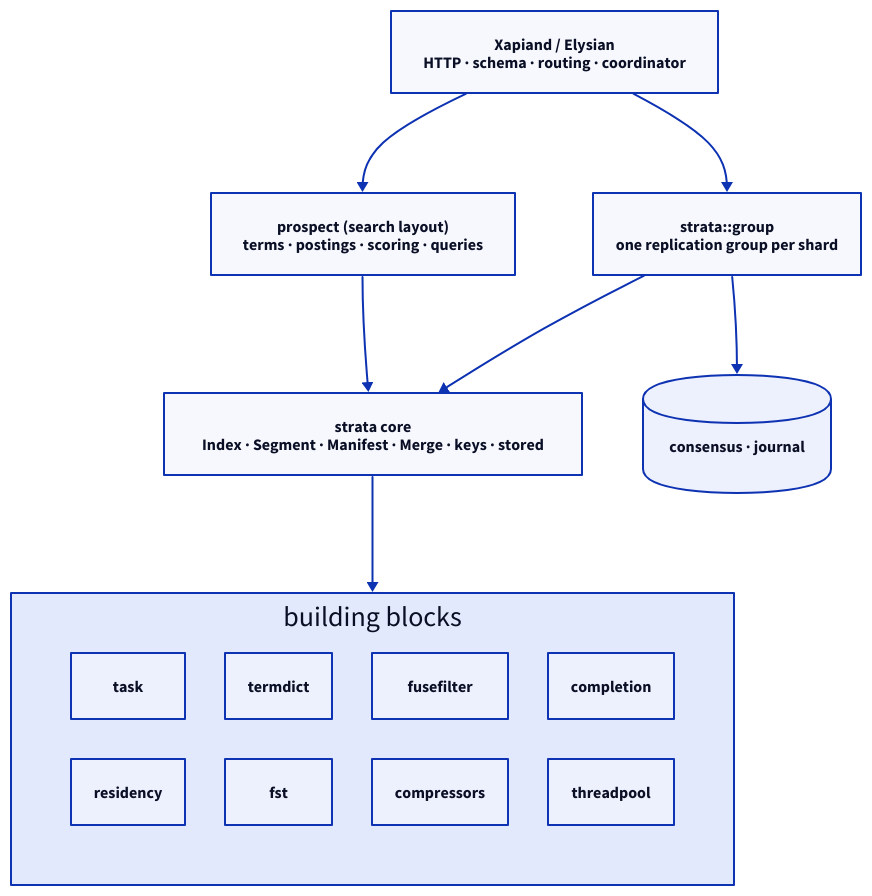
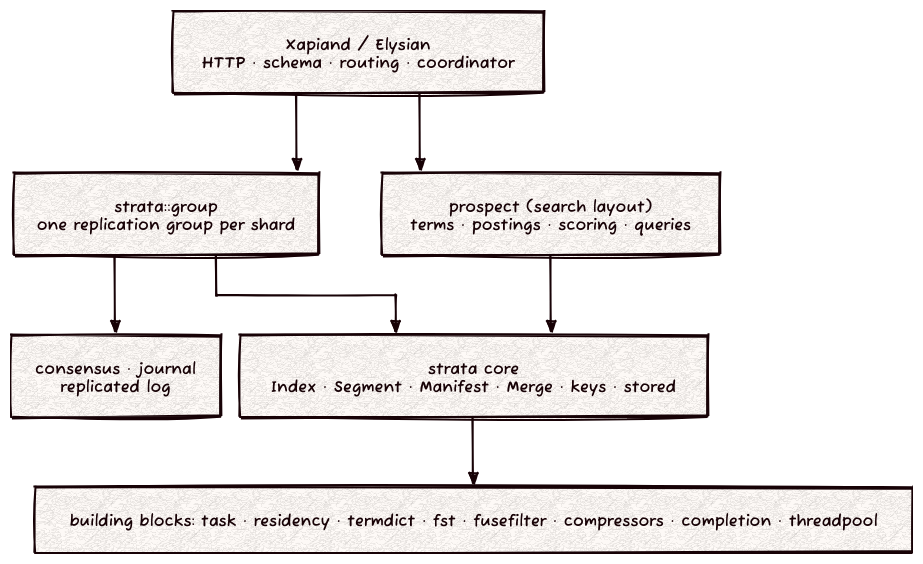
The diagram in docs/strata.d2 (Kronuz/strata), drawn with D2 before and after one commit. The commit also changed 3 other files, not shown here.

```diff
--- a/docs/strata.d2
+++ b/docs/strata.d2
@@ -1,17 +1,15 @@
 # strata layers. Render: d2 --layout elk --sketch --theme 302 docs/strata.d2 docs/strata.svg
+vars: { d2-config: { layout-engine: elk; theme-id: 302; sketch: true; pad: 24 } }
 direction: down
 xapiand: "Xapiand / Elysian\nHTTP · schema · routing · coordinator"
 group: "strata::group\none replication group per shard"
 prospect: "prospect (search layout)\nterms · postings · scoring · queries"
 core: "strata core\nIndex · Segment · Manifest · Merge · keys · stored"
-libs: "building blocks" {
-  grid-columns: 4
-  task; residency; termdict; fst; fusefilter; compressors; completion; threadpool
-}
-repl: "consensus · journal" {shape: cylinder}
+repl: "consensus · journal\nreplicated log"
+libs: "building blocks: task · residency · termdict · fst · fusefilter · compressors · completion · threadpool"
 xapiand -> group
 xapiand -> prospect
 group -> core
 group -> repl
 prospect -> core
 core -> libs
```
